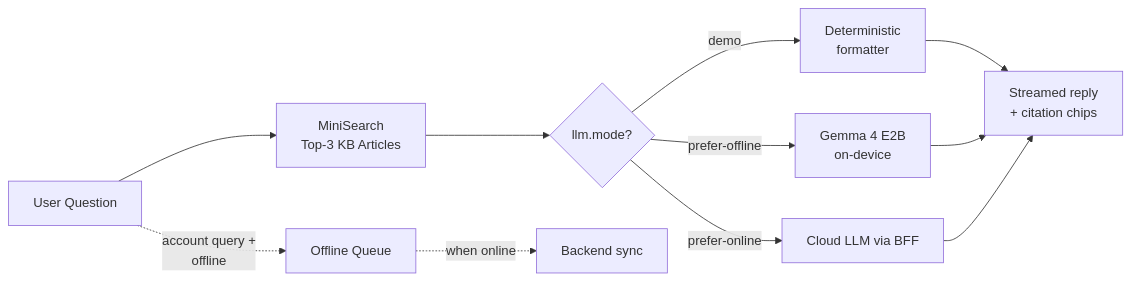
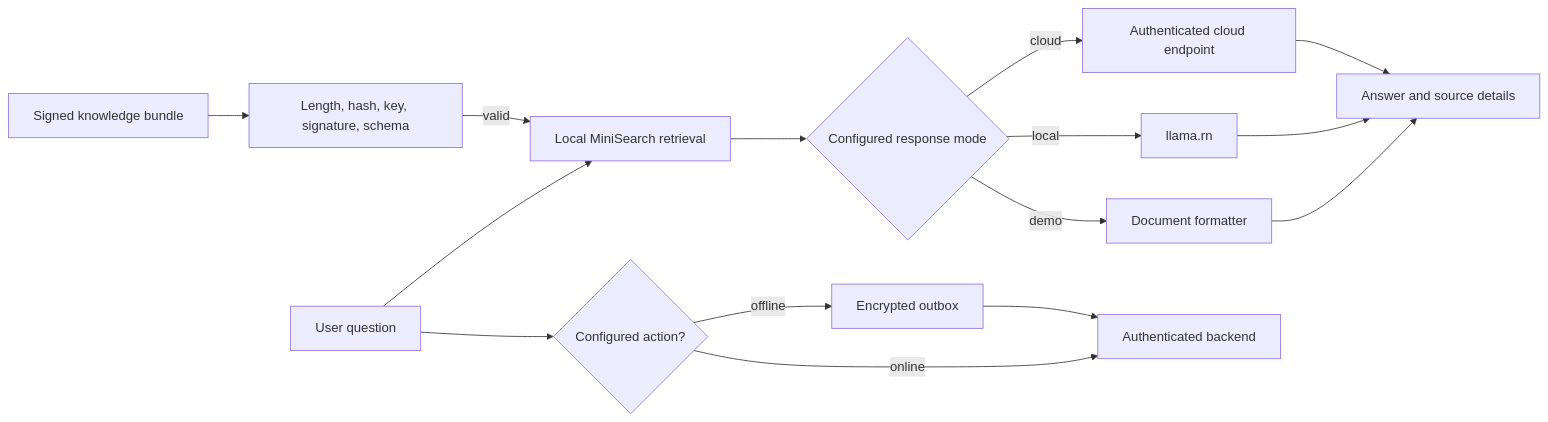
One commit to xmpuspus/airgap changed the diagram in README.md. Above: the diagram before and after it, drawn with Mermaid. The commit also changed other lines of this file and 127 other files, not shown here.

````diff
--- a/README.md
+++ b/README.md
@@ -125,13 +79,17 @@
 ```mermaid
 flowchart LR
-    A[User Question] --> B[MiniSearch<br/>Top-3 KB Articles]
-    B --> C{llm.mode?}
-    C -- demo --> D[Deterministic<br/>formatter]
-    C -- prefer-offline --> E[Gemma 4 E2B<br/>on-device]
-    C -- prefer-online --> F[Cloud LLM via BFF]
-    D --> G[Streamed reply<br/>+ citation chips]
-    E --> G
-    F --> G
-    A -. account query +<br/>offline .-> H[Offline Queue]
-    H -. when online .-> I[Backend sync]
+    U[User question] --> R[Local MiniSearch retrieval]
+    R --> P{Configured response mode}
+    P -->|demo| D[Document formatter]
+    P -->|local| L[llama.rn]
+    P -->|cloud| C[Authenticated cloud endpoint]
+    D --> A[Answer and source details]
+    L --> A
+    C --> A
+    U --> T{Configured action?}
+    T -->|online| B[Authenticated backend]
+    T -->|offline| Q[Encrypted outbox]
+    Q --> B
+    S[Signed knowledge bundle] --> V[Length, hash, key, signature, schema]
+    V -->|valid| R
 ```
````
